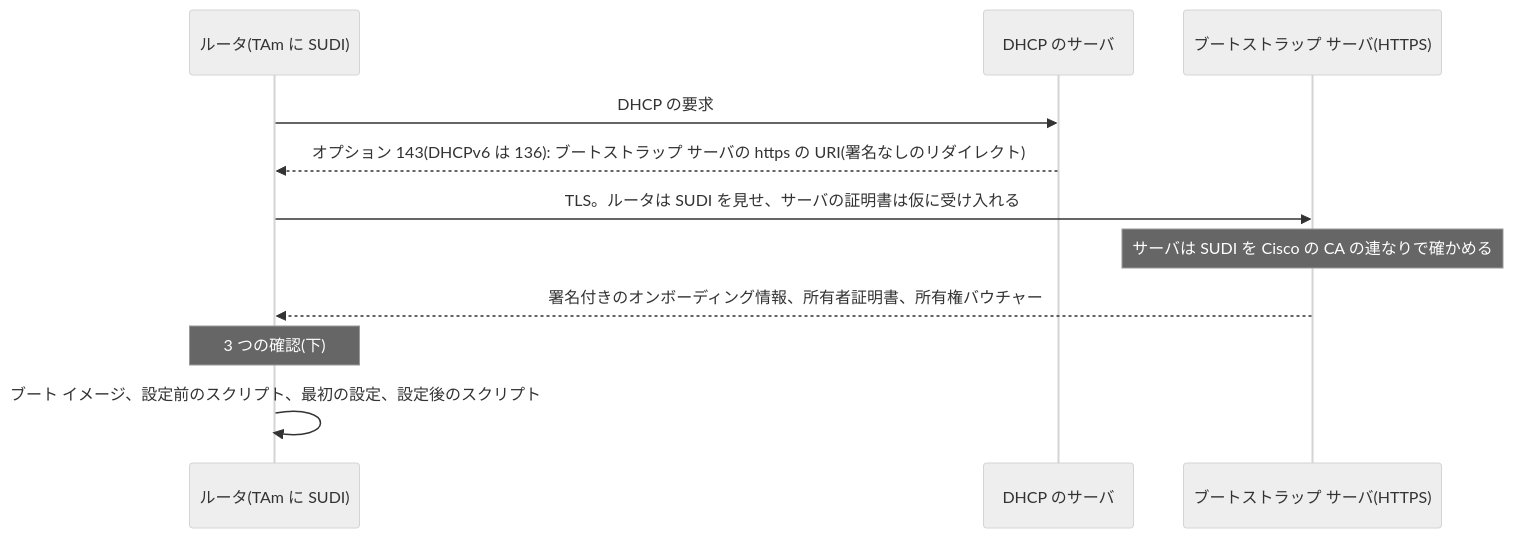
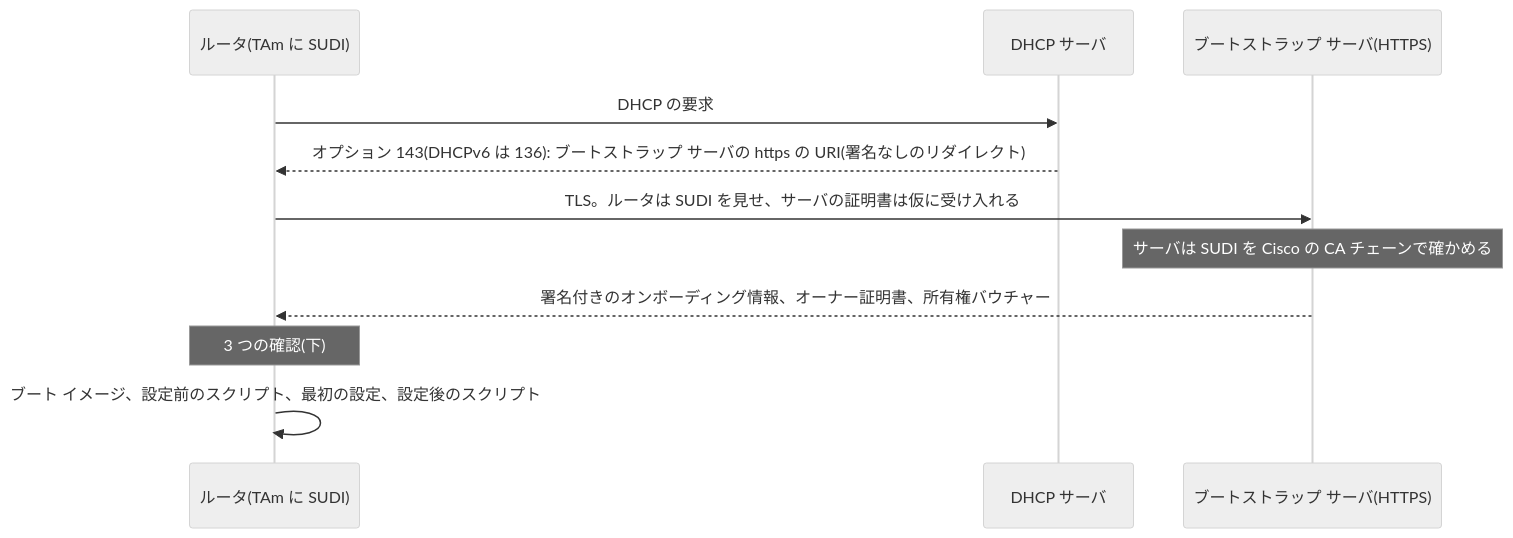
Before and after one commit to suzugross/CCNP_LAB_FACTORY: the second of 2 diagrams in courses/xr/ja/e6-m13-appendix.md, drawn with Mermaid (neutral theme). The commit also changed other lines of this file and 302 other files, not shown here.

````diff
--- a/courses/xr/ja/e6-m13-appendix.md
+++ b/courses/xr/ja/e6-m13-appendix.md
@@ -649,13 +649,13 @@
 ```mermaid
 sequenceDiagram
   participant R as ルータ(TAm に SUDI)
-  participant D as DHCP のサーバ
+  participant D as DHCP サーバ
   participant B as ブートストラップ サーバ(HTTPS)
   R->>D: DHCP の要求
   D-->>R: オプション 143(DHCPv6 は 136): ブートストラップ サーバの https の URI(署名なしのリダイレクト)
   R->>B: TLS。ルータは SUDI を見せ、サーバの証明書は仮に受け入れる
-  Note over B: サーバは SUDI を Cisco の CA の連なりで確かめる
-  B-->>R: 署名付きのオンボーディング情報、所有者証明書、所有権バウチャー
+  Note over B: サーバは SUDI を Cisco の CA チェーンで確かめる
+  B-->>R: 署名付きのオンボーディング情報、オーナー証明書、所有権バウチャー
   Note over R: 3 つの確認(下)
   R->>R: ブート イメージ、設定前のスクリプト、最初の設定、設定後のスクリプト
 ```
````
